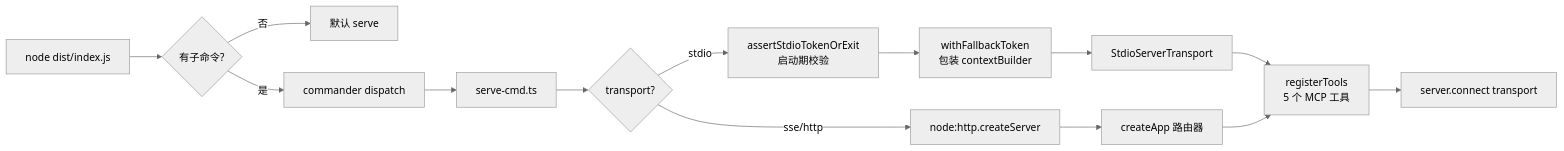
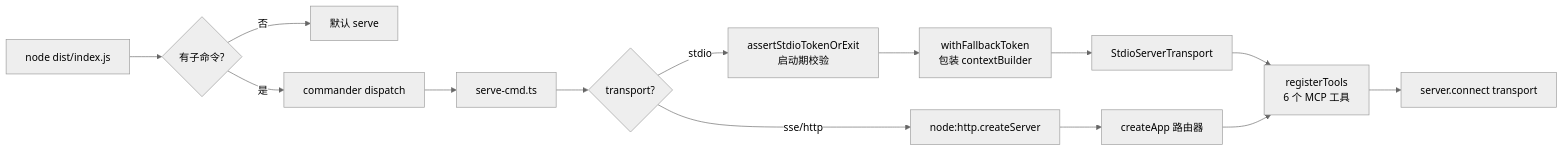
The second of 5 diagrams in docs/ARCHITECTURE.md (BeCrafter/skill-mcp), drawn with Mermaid (neutral theme) before and after one commit. The commit also changed other lines of this file and 22 other files, not shown here.

````diff
--- a/docs/ARCHITECTURE.md
+++ b/docs/ARCHITECTURE.md
@@ -204,15 +206,15 @@
 ```mermaid
 flowchart LR
     A[node dist/index.js] --> B{有子命令?}
     B -->|否| C[默认 serve]
     B -->|是| D[commander dispatch]
     D --> E[serve-cmd.ts]
     E --> F{transport?}
     F -->|stdio| G[assertStdioTokenOrExit<br/>启动期校验]
     F -->|sse/http| H[node:http.createServer]
     G --> I[withFallbackToken<br/>包装 contextBuilder]
     I --> J[StdioServerTransport]
     H --> K[createApp 路由器]
-    J & K --> L[registerTools<br/>5 个 MCP 工具]
+    J & K --> L[registerTools<br/>6 个 MCP 工具]
     L --> M[server.connect transport]
 ```
````
